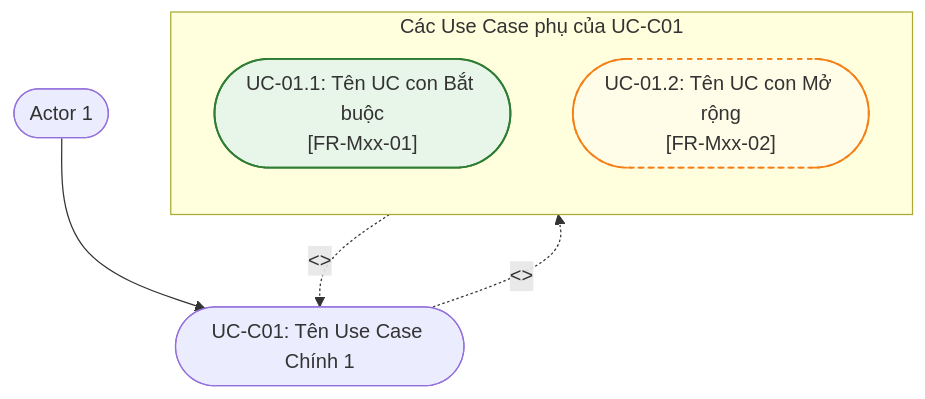
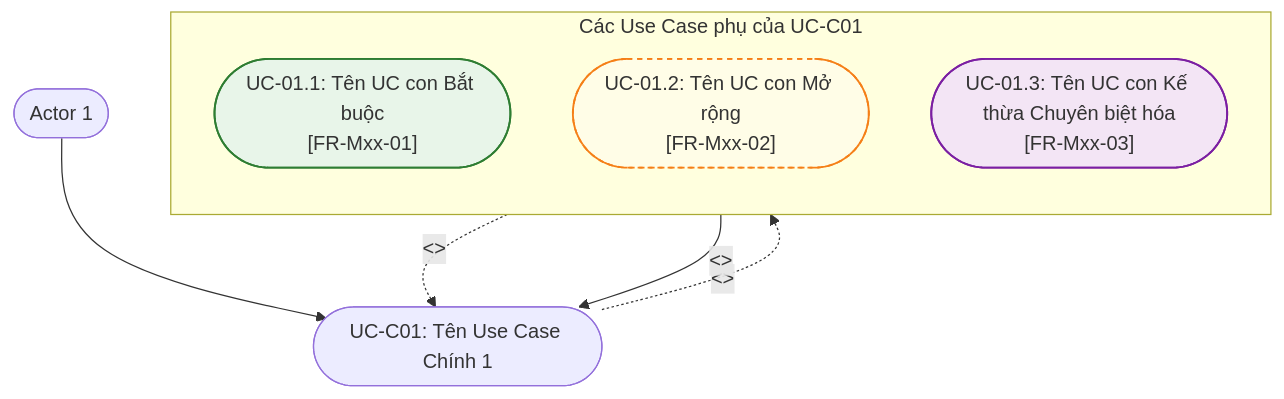
The second of 3 diagrams in .agent-instructions/skills/use-case-analysis/output/us-template.md (dat2k42004/iShare), drawn with Mermaid before and after one commit. The commit also changed other lines of this file and 8 other files, not shown here.

````diff
--- a/.agent-instructions/skills/use-case-analysis/output/us-template.md
+++ b/.agent-instructions/skills/use-case-analysis/output/us-template.md
@@ -103,24 +105,32 @@
 ```mermaid
 flowchart TB
     Actor1(["Actor 1"]) --> UC_C01(["UC-C01: Tên Use Case Chính 1"])
 
     subgraph Sub_UCC01 ["Các Use Case phụ của UC-C01"]
         direction TB
         %% Bắt buộc (Include)
         INC_01_1(["UC-01.1: Tên UC con Bắt buộc<br/>[FR-Mxx-01]"])
 
         %% Tùy chọn / Mở rộng (Extend)
         EXT_01_1(["UC-01.2: Tên UC con Mở rộng<br/>[FR-Mxx-02]"])
+
+        %% Kế thừa / Cha-Con (Generalization)
+        GEN_01_1(["UC-01.3: Tên UC con Kế thừa Chuyên biệt hóa<br/>[FR-Mxx-03]"])
     end
 
     %% Quan hệ Include
     UC_C01 -.->|"<<include>>"| INC_01_1
 
     %% Quan hệ Extend
     EXT_01_1 -.->|"<<extend>>"| UC_C01
 
+    %% Quan hệ Generalization
+    GEN_01_1 -->|"<<generalization>>"| UC_C01
+
     classDef incStyle fill:#e8f5e9,stroke:#2e7d32,stroke-width:1.5px;
     classDef extStyle fill:#fffde7,stroke:#f57f17,stroke-width:1.5px,stroke-dasharray: 4 4;
+    classDef genStyle fill:#f3e5f5,stroke:#7b1fa2,stroke-width:1.5px;
     class INC_01_1 incStyle;
     class EXT_01_1 extStyle;
+    class GEN_01_1 genStyle;
 ```
````
